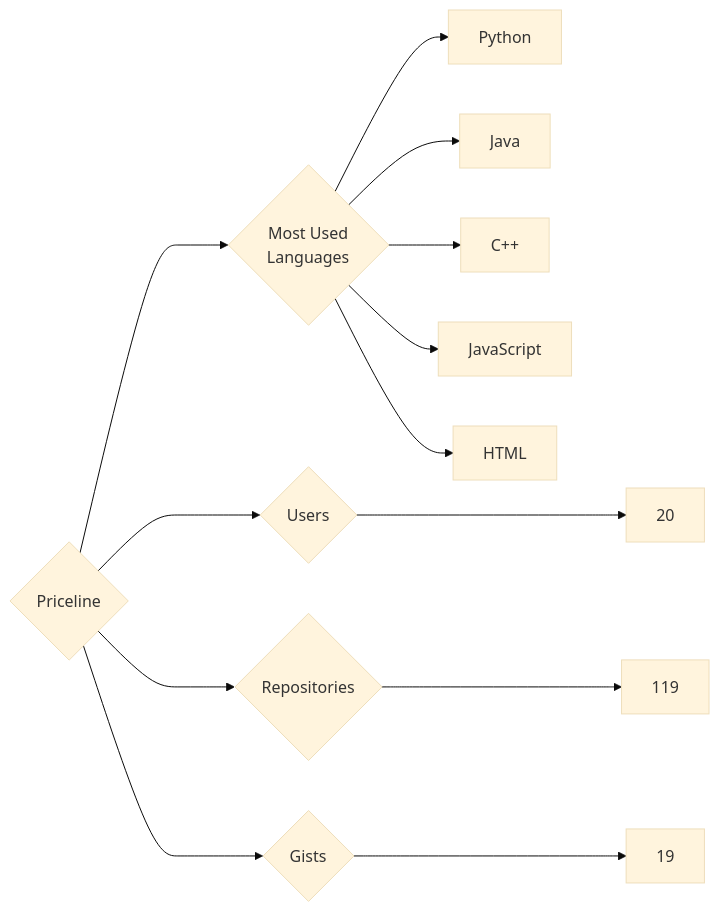
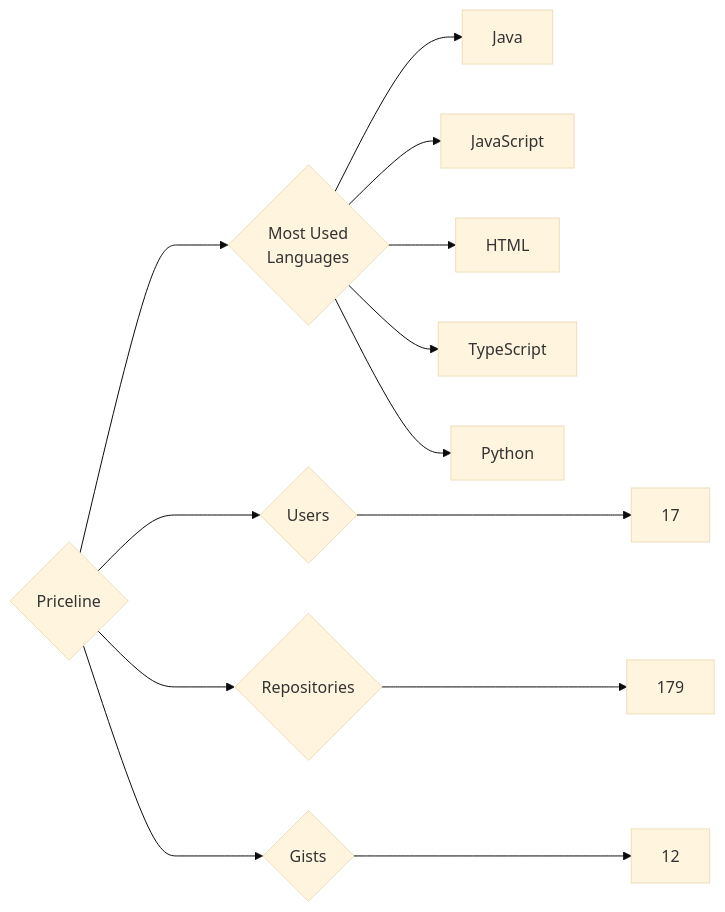
One commit to trickest/insiders changed the diagram in targets/Priceline/README.md. Above: the diagram before and after it, drawn with Mermaid (base theme). The commit also changed 1696 other files, not shown here.

````diff
--- a/targets/Priceline/README.md
+++ b/targets/Priceline/README.md
@@ -3,13 +3,13 @@
 ```mermaid
 graph LR
 COMPANY_NAME{Priceline}
-COMPANY_NAME ---> U{Users} ---> UN[20]
-COMPANY_NAME ---> R{Repositories} ---> RN[119]
-COMPANY_NAME ---> G{Gists} ---> GN[19]
+COMPANY_NAME ---> U{Users} ---> UN[17]
+COMPANY_NAME ---> R{Repositories} ---> RN[179]
+COMPANY_NAME ---> G{Gists} ---> GN[12]
 COMPANY_NAME ---> ML{Most Used<br>Languages}
-ML --> Python[Python]
 ML --> Java[Java]
-ML --> C++[C++]
 ML --> JavaScript[JavaScript]
 ML --> HTML[HTML]
+ML --> TypeScript[TypeScript]
+ML --> Python[Python]
 ```
````
